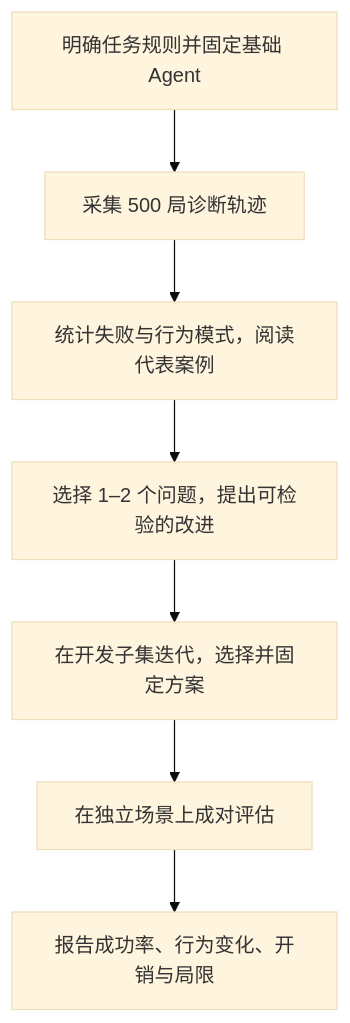
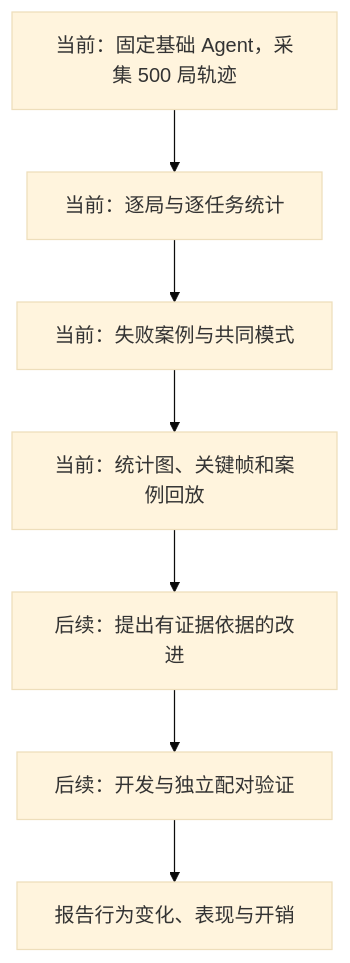
One commit to JianzheLi/civrealm-agent-study changed the diagram in README.md. Above: the diagram before and after it, drawn with Mermaid (base theme). The commit also changed other lines of this file and 13 other files, not shown here.

Commit message:
docs: focus first-round analysis and visuals with shared latest model and owners

````diff
--- a/README.md
+++ b/README.md
@@ -35,11 +38,11 @@
 ```mermaid
 flowchart TD
-    accTitle: CivRealm LLM Study Workflow
-    accDescr: 从任务和基础Agent准备开始，采集五百局诊断轨迹，分析共同失败，开发有针对性的改进，再在独立场景上配对评估并报告表现与开销。
-    prepare["明确任务规则并固定基础 Agent"] --> diagnose["采集 500 局诊断轨迹"]
-    diagnose --> analyze["统计失败与行为模式，阅读代表案例"]
-    analyze --> propose["选择 1–2 个问题，提出可检验的改进"]
-    propose --> develop["在开发子集迭代，选择并固定方案"]
-    develop --> evaluate["在独立场景上成对评估"]
-    evaluate --> report["报告成功率、行为变化、开销与局限"]
+    accTitle: CivRealm First Round And Follow Up
+    accDescr: 当前先完成五百局轨迹、逐局统计、失败案例分析和可视化，之后再根据发现设计改进并在独立场景上验证。
+    collect["当前：固定基础 Agent，采集 500 局轨迹"] --> summarize["当前：逐局与逐任务统计"]
+    summarize --> diagnose["当前：失败案例与共同模式"]
+    diagnose --> visualize["当前：统计图、关键帧和案例回放"]
+    visualize --> propose["后续：提出有证据依据的改进"]
+    propose --> evaluate["后续：开发与独立配对验证"]
+    evaluate --> report["报告行为变化、表现与开销"]
 ```
````
